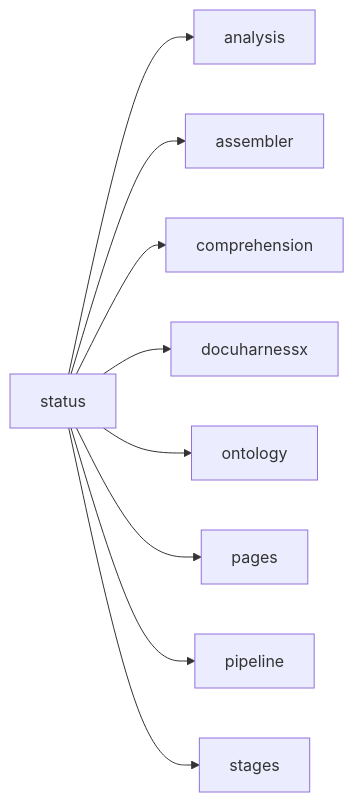
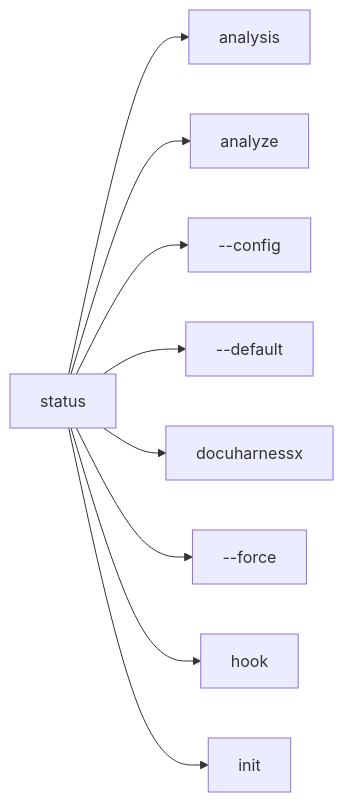
Before and after one commit to norandom/DocuHarnessX: diagram 29 of 30 in docs/glossary.md, drawn with Mermaid. The commit also changed other lines of this file and 12 other files, not shown here.

First line of the commit message:
fix(comprehension-visuals): storyteller home at default depth

````diff
--- a/docs/glossary.md
+++ b/docs/glossary.md
@@ -1085,20 +1102,20 @@
 ```mermaid
 flowchart LR
   here["status"]
   r0["analysis"]
   here --> r0
-  r1["assembler"]
+  r1["analyze"]
   here --> r1
-  r2["comprehension"]
+  r2["--config"]
   here --> r2
-  r3["docuharnessx"]
+  r3["--default"]
   here --> r3
-  r4["ontology"]
+  r4["docuharnessx"]
   here --> r4
-  r5["pages"]
+  r5["--force"]
   here --> r5
-  r6["pipeline"]
+  r6["hook"]
   here --> r6
-  r7["stages"]
+  r7["init"]
   here --> r7
 ```
````
